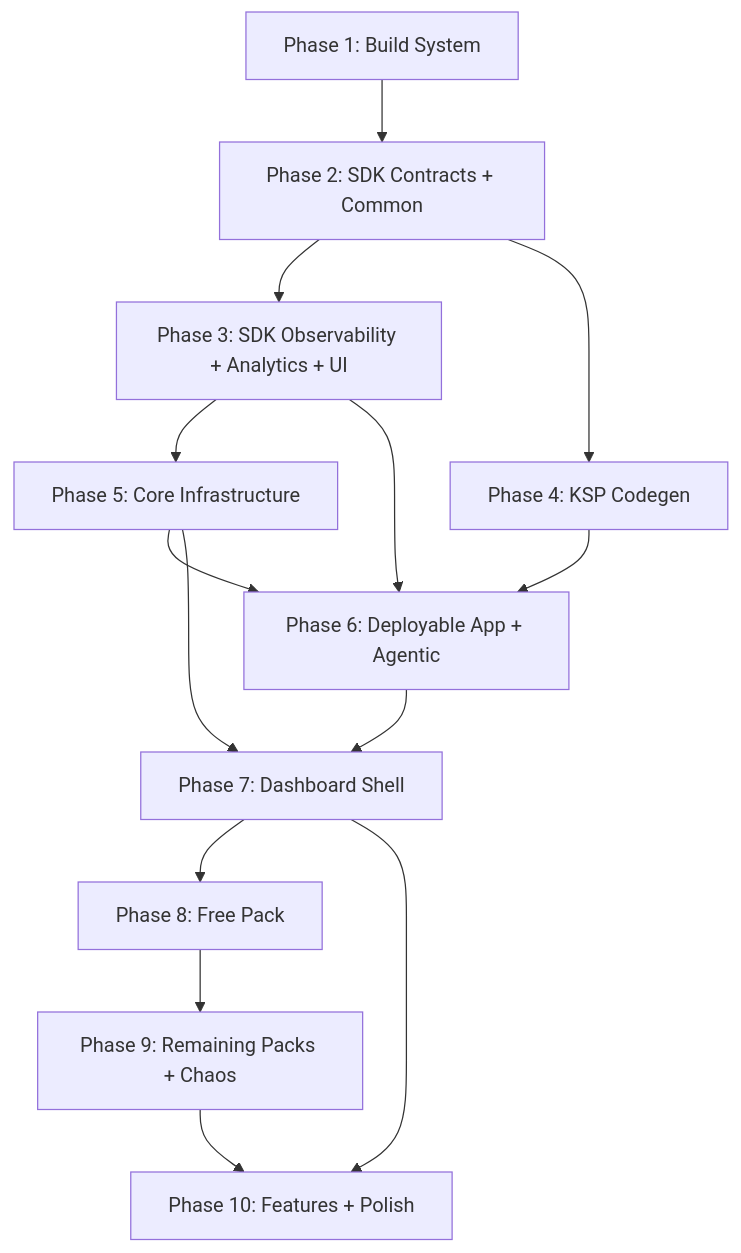
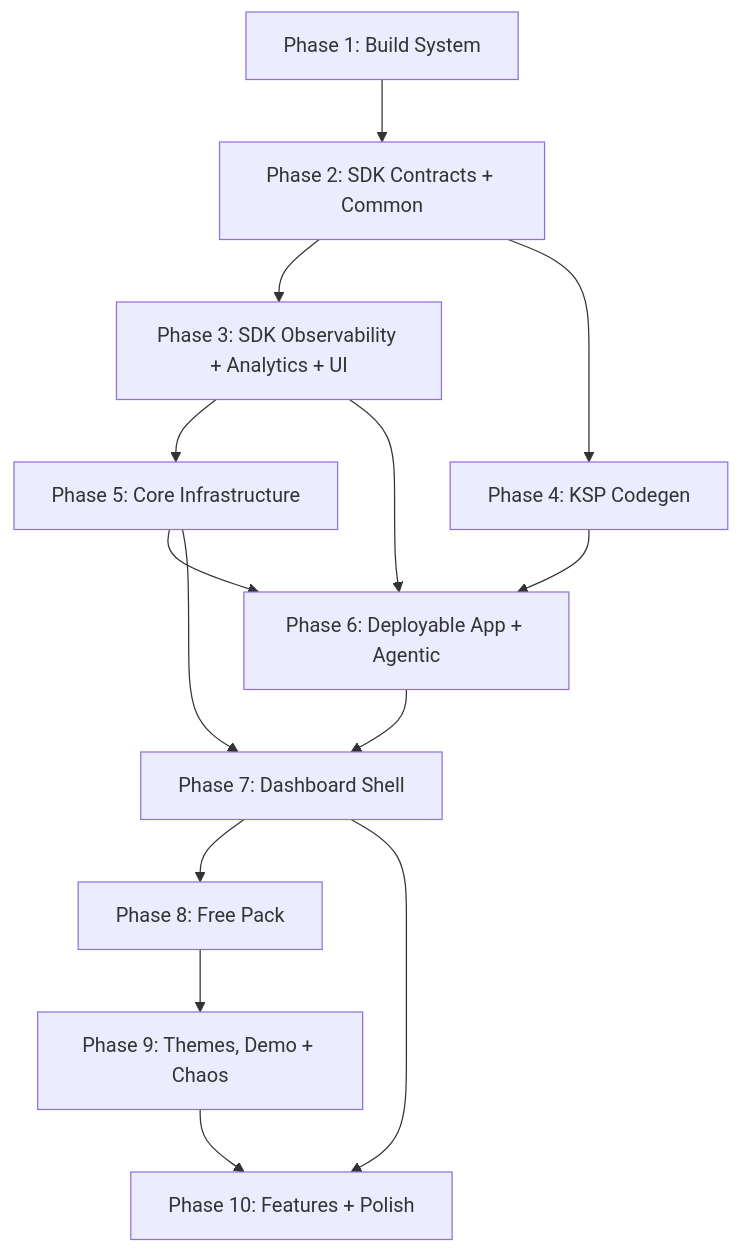
One commit to ohmgh/dqxn changed the diagram in .planning/ROADMAP.md. Above: the diagram before and after it, drawn with Mermaid. The commit also changed other lines of this file and 3 other files, not shown here.

````diff
--- a/.planning/ROADMAP.md
+++ b/.planning/ROADMAP.md
@@ -189,16 +191,16 @@
 ```mermaid
 graph TD
     P1[Phase 1: Build System] --> P2[Phase 2: SDK Contracts + Common]
     P2 --> P3[Phase 3: SDK Observability + Analytics + UI]
     P2 --> P4[Phase 4: KSP Codegen]
     P3 --> P5[Phase 5: Core Infrastructure]
     P3 --> P6[Phase 6: Deployable App + Agentic]
     P4 --> P6
     P5 --> P6
     P5 --> P7[Phase 7: Dashboard Shell]
     P6 --> P7
     P7 --> P8[Phase 8: Free Pack]
-    P8 --> P9[Phase 9: Remaining Packs + Chaos]
+    P8 --> P9[Phase 9: Themes, Demo + Chaos]
     P7 --> P10[Phase 10: Features + Polish]
     P9 --> P10
 ```
````
